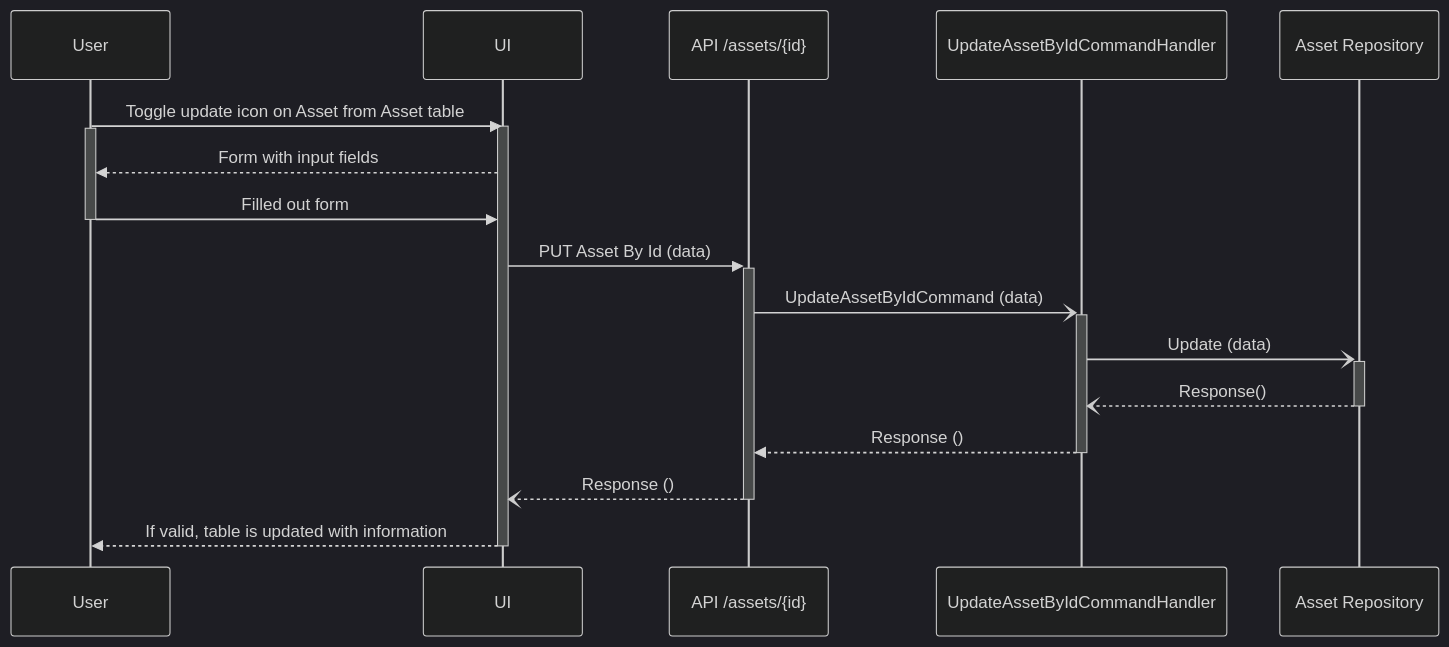
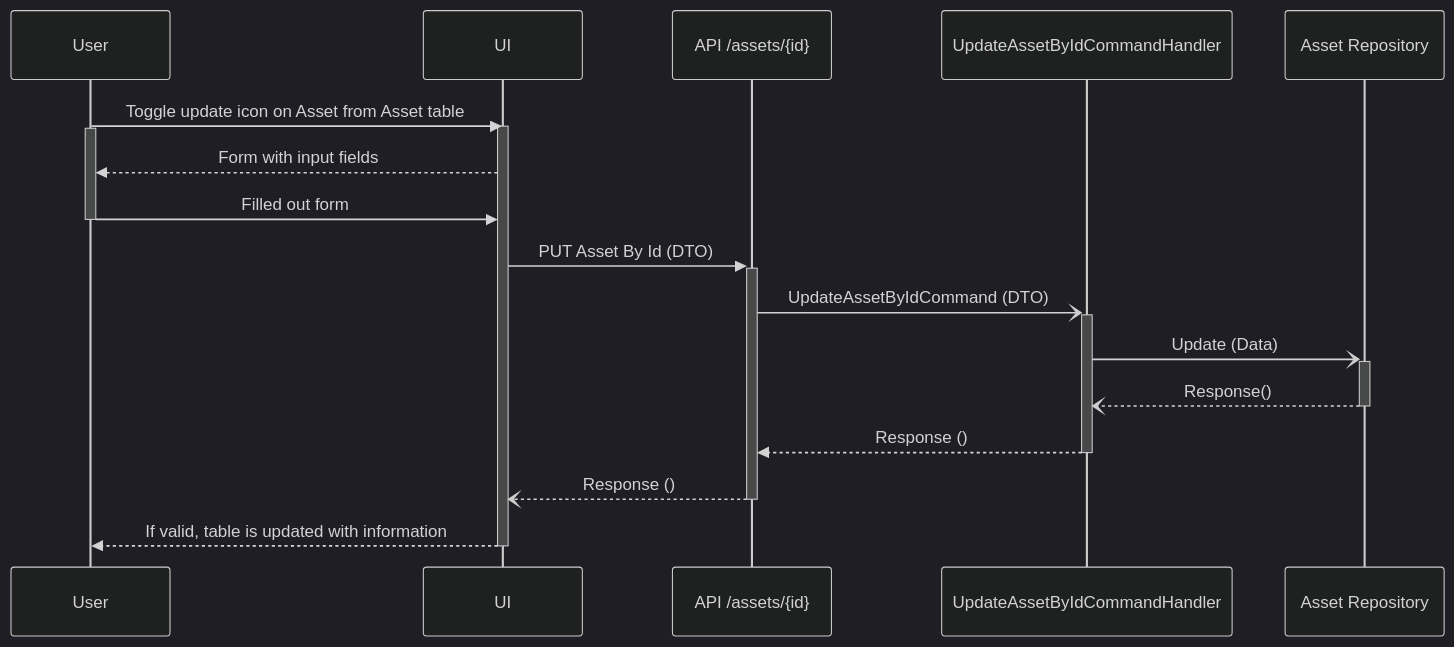
Before and after one commit to livun/bouvet-asset-hub: the first of 3 diagrams in docs/sequence-diagrams/update-asset.md, drawn with Mermaid (dark theme). The commit also changed other lines of this file and 9 other files, not shown here.

Commit message:
Finished with sequence diagrams

````diff
--- a/docs/sequence-diagrams/update-asset.md
+++ b/docs/sequence-diagrams/update-asset.md
@@ -3,17 +7,17 @@
 ```mermaid
 sequenceDiagram
     User ->> UI : Toggle update icon on Asset from Asset table
     Activate UI
     Activate User
         UI -->> User : Form with input fields
         User ->> UI : Filled out form
     Deactivate User
-            UI ->>+ API /assets/{id}: PUT Asset By Id (data)
-                API /assets/{id} -)+ UpdateAssetByIdCommandHandler : UpdateAssetByIdCommand (data)
-                    UpdateAssetByIdCommandHandler -)+ Asset Repository : Update (data)
+            UI ->>+ API /assets/{id}: PUT Asset By Id (DTO)
+                API /assets/{id} -)+ UpdateAssetByIdCommandHandler : UpdateAssetByIdCommand (DTO)
+                    UpdateAssetByIdCommandHandler -)+ Asset Repository : Update (Data)
                     Asset Repository  --)- UpdateAssetByIdCommandHandler : Response()
                 UpdateAssetByIdCommandHandler -->>- API /assets/{id} : Response ()
             API /assets/{id} --)- UI  : Response ()
         UI -->> User : If valid, table is updated with information
     Deactivate UI
 ```
````
